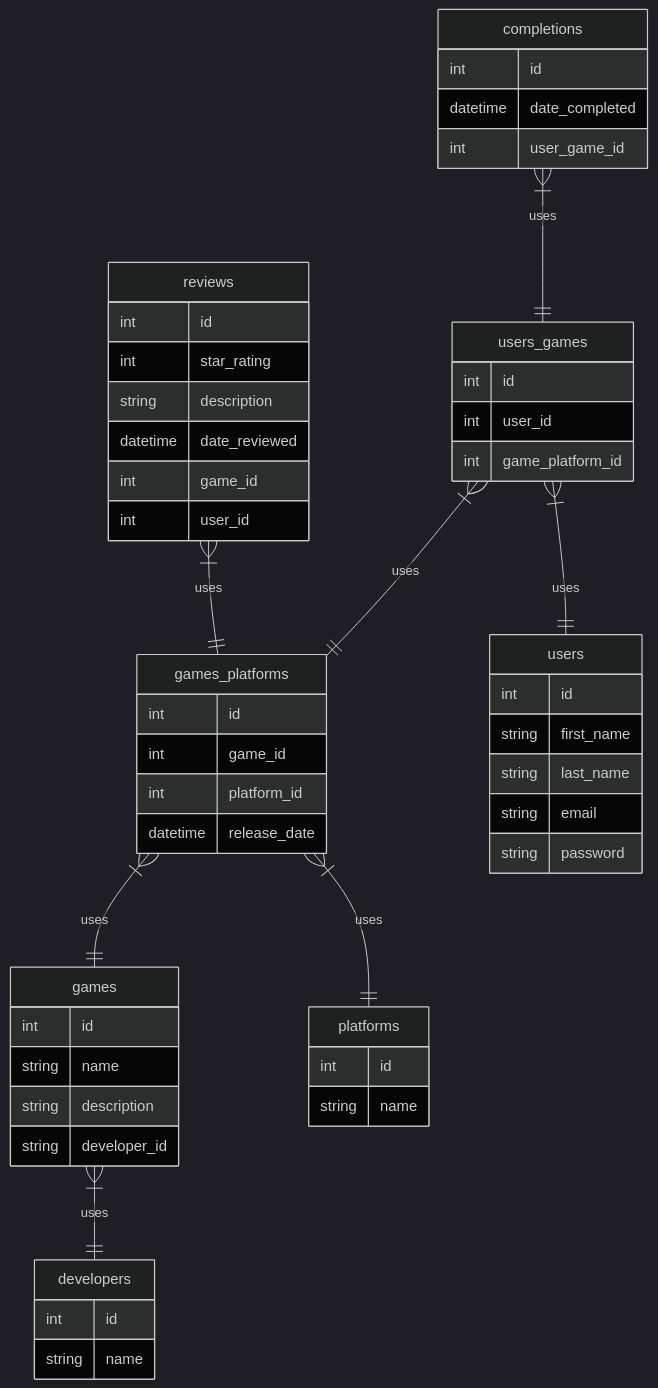
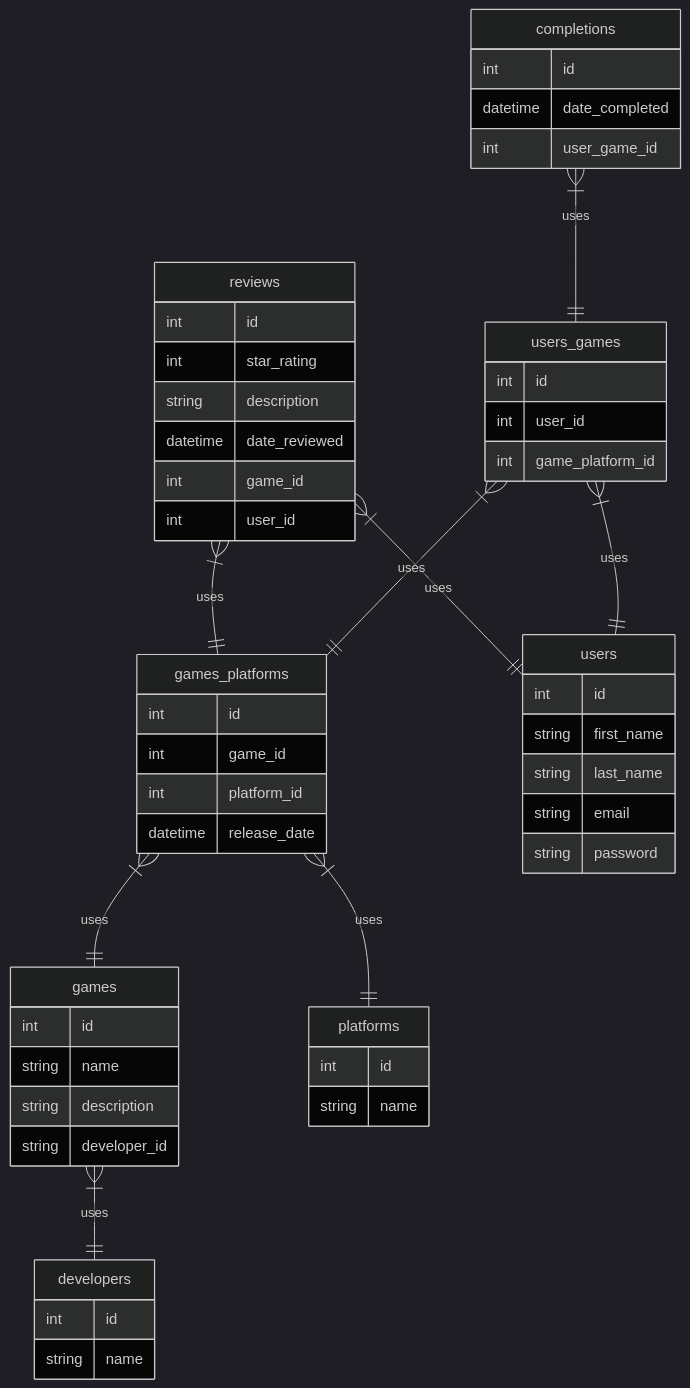
One commit to Haikira/VGLogger changed the second of 2 diagrams in README.md. Above: the diagram before and after it, drawn with Mermaid.

````diff
--- a/README.md
+++ b/README.md
@@ -42,60 +42,62 @@
 ``` mermaid
 %%{init: {'theme': 'dark' } }%%
 
 erDiagram
 
         games {
                 int id
                 string name                
                 string description
                 string developer_id
         }
         platforms {
                 int id
                 string name                
         }
         games_platforms {
                 int id
                 int game_id
                 int platform_id
                 datetime release_date
         }
         users_games {
                 int id
                 int user_id
                 int game_platform_id
         }
         users {
                 int id
                 string first_name
                 string last_name
                 string email
                 string password
         }
         developers {
                 int id
                 string name
         }
         reviews {
                 int id
                 int star_rating
                 string description
                 datetime date_reviewed
                 int game_id
                 int user_id
         }
         completions {
                 int id
                 datetime date_completed
                 int user_game_id
         }
         
         games }|--|| developers: "uses"
         games_platforms }|--|| platforms: "uses"
+        games_platforms }|--|| games: "uses"
         reviews }|--|| games_platforms: "uses"       
+        reviews }|--|| users: "uses"       
         completions }|--|| users_games: "uses"
-        games_platforms }|--|| games: "uses"
+        
         users_games }|--|| games_platforms: "uses"
         users_games }|--|| users: "uses"
 
 ```
````
